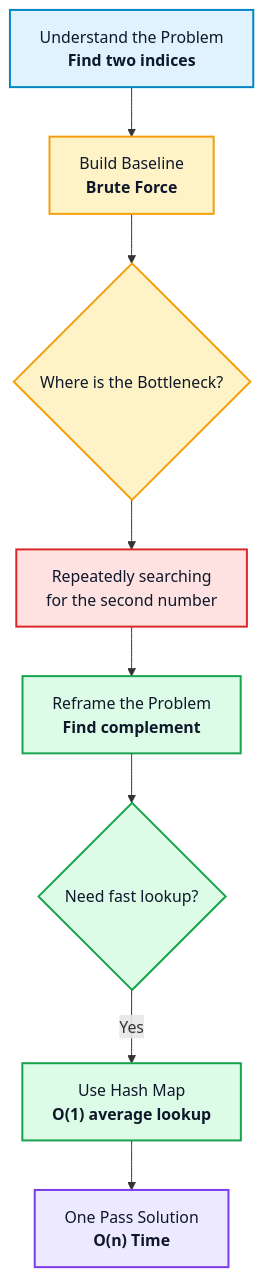
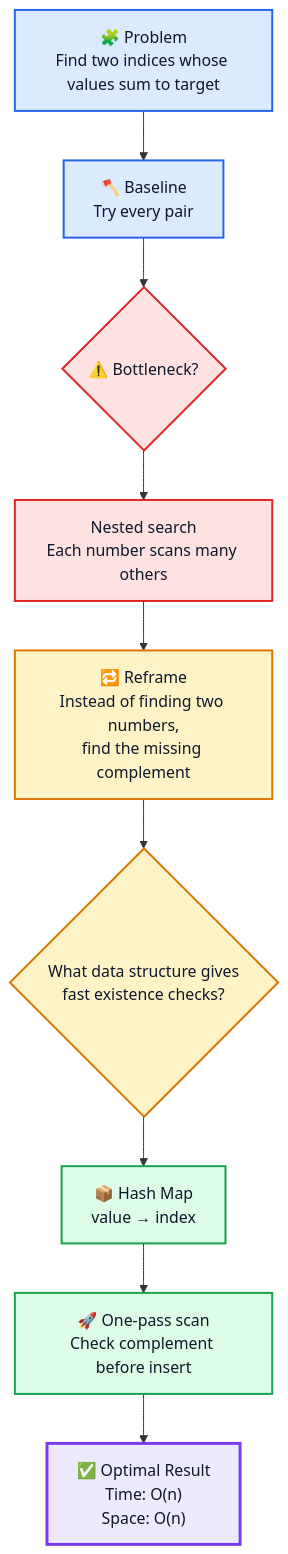
One commit to M-F-Tushar/LeetCode-Problem-Solving changed the second of 9 diagrams in 01 - Two Sum/README.md. Above: the diagram before and after it, drawn with Mermaid. The commit also changed other lines of this file, not shown here.

````diff
--- a/01 - Two Sum/README.md
+++ b/01 - Two Sum/README.md
@@ -55,22 +80,29 @@
 ```mermaid
 flowchart TD
-    A["Understand the Problem<br/><b>Find two indices</b>"] --> B["Build Baseline<br/><b>Brute Force</b>"]
-    B --> C{"Where is the Bottleneck?"}
-    C --> D["Repeatedly searching<br/>for the second number"]
-    D --> E["Reframe the Problem<br/><b>Find complement</b>"]
-    E --> F{"Need fast lookup?"}
-    F -->|Yes| G["Use Hash Map<br/><b>O(1) average lookup</b>"]
-    G --> H["One Pass Solution<br/><b>O(n) Time</b>"]
+    A["🧩 Problem<br/>Find two indices whose values sum to target"] --> B["🪓 Baseline<br/>Try every pair"]
 
-    classDef start fill:#e0f2fe,stroke:#0284c7,stroke-width:2px,color:#0f172a;
-    classDef problem fill:#fef3c7,stroke:#f59e0b,stroke-width:2px,color:#0f172a;
-    classDef bottleneck fill:#fee2e2,stroke:#dc2626,stroke-width:2px,color:#0f172a;
+    B --> C{"⚠️ Bottleneck?"}
+    C --> D["Nested search<br/>Each number scans many others"]
+
+    D --> E["🔁 Reframe<br/>Instead of finding two numbers,<br/>find the missing complement"]
+
+    E --> F{"What data structure gives<br/>fast existence checks?"}
+
+    F --> G["📦 Hash Map<br/>value → index"]
+
+    G --> H["🚀 One-pass scan<br/>Check complement before insert"]
+
+    H --> I["✅ Optimal Result<br/>Time: O(n)<br/>Space: O(n)"]
+
+    classDef problem fill:#dbeafe,stroke:#2563eb,stroke-width:2px,color:#0f172a;
+    classDef danger fill:#fee2e2,stroke:#dc2626,stroke-width:2px,color:#0f172a;
+    classDef insight fill:#fef3c7,stroke:#d97706,stroke-width:2px,color:#0f172a;
     classDef optimize fill:#dcfce7,stroke:#16a34a,stroke-width:2px,color:#0f172a;
-    classDef final fill:#ede9fe,stroke:#7c3aed,stroke-width:2px,color:#0f172a;
+    classDef final fill:#ede9fe,stroke:#7c3aed,stroke-width:3px,color:#0f172a;
 
-    class A start;
-    class B,C problem;
-    class D bottleneck;
-    class E,F,G optimize;
-    class H final;
+    class A,B problem;
+    class C,D danger;
+    class E,F insight;
+    class G,H optimize;
+    class I final;
 ```
````
